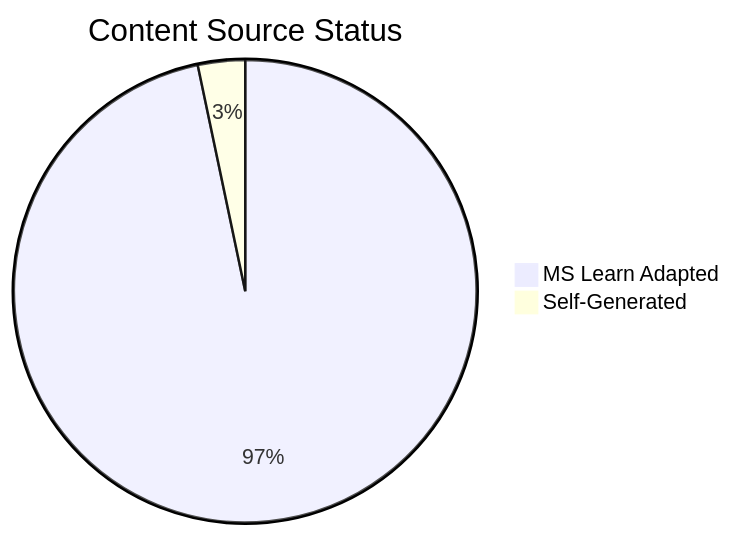
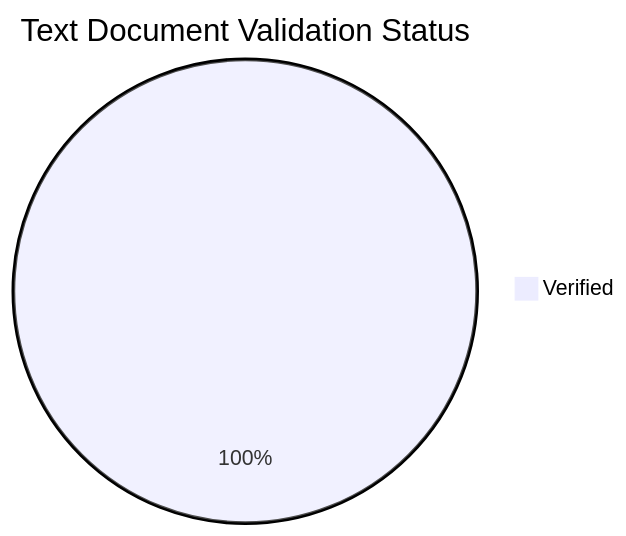
Before and after one commit to yeongseon/azure-storage-practical-guide: the diagram in docs/reference/content-validation-status.md, drawn with Mermaid. The commit also changed other lines of this file and 90 other files, not shown here.

````diff
--- a/docs/reference/content-validation-status.md
+++ b/docs/reference/content-validation-status.md
@@ -38,5 +35,4 @@
 ```mermaid
-pie title Content Source Status
-    "MS Learn Adapted" : 88
-    "Self-Generated" : 3
+pie title Text Document Validation Status
+    "Verified" : 71
 ```
````
